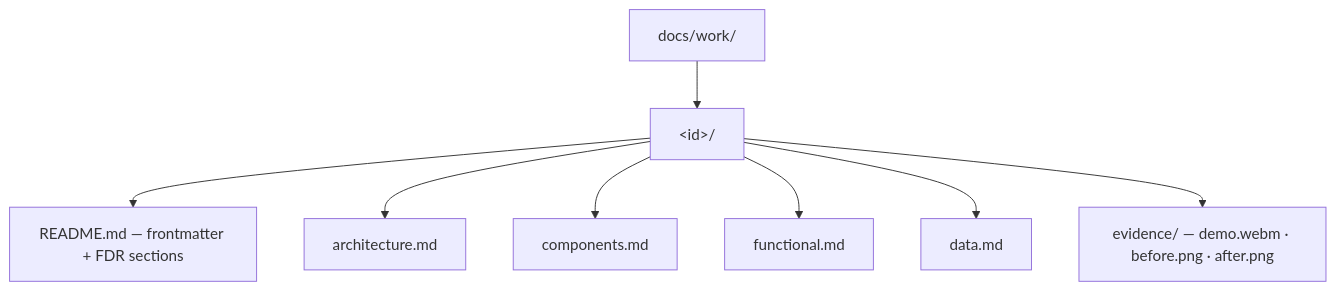
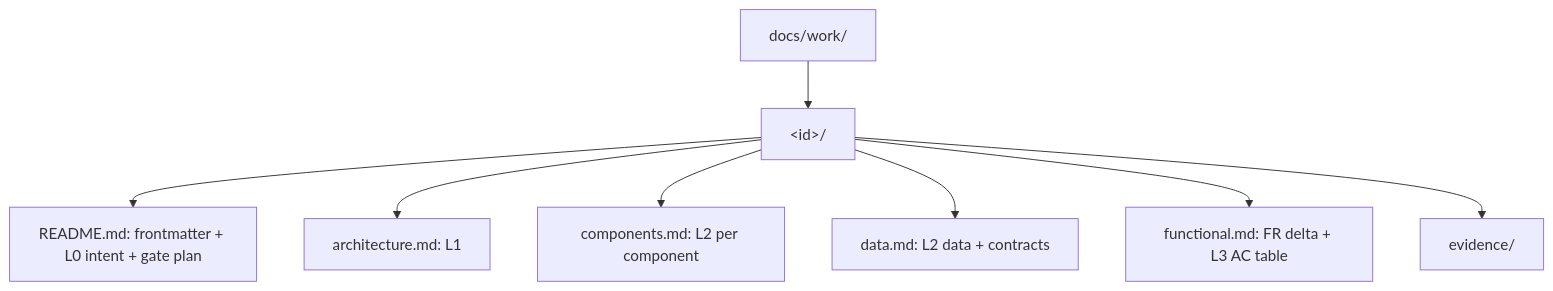
Before and after one commit to sibulus13/claudence: the third of 5 diagrams in skills/dark-factory/WORK-ITEM-STANDARD.md, drawn with Mermaid. The commit also changed other lines of this file and 6 other files, not shown here.

````diff
--- a/skills/dark-factory/WORK-ITEM-STANDARD.md
+++ b/skills/dark-factory/WORK-ITEM-STANDARD.md
@@ -21,10 +40,10 @@
 ```mermaid
 flowchart TD
   D[docs/work/] --> I[&lt;id&gt;/]
-  I --> R[README.md — frontmatter + FDR sections]
-  I --> A[architecture.md]
-  I --> CO[components.md]
-  I --> FU[functional.md]
-  I --> DA[data.md]
-  I --> EV[evidence/ — demo.webm · before.png · after.png]
+  I --> R[README.md: frontmatter + L0 intent + gate plan]
+  I --> A[architecture.md: L1]
+  I --> CO[components.md: L2 per component]
+  I --> DA[data.md: L2 data + contracts]
+  I --> FU[functional.md: FR delta + L3 AC table]
+  I --> EV[evidence/]
 ```
````
